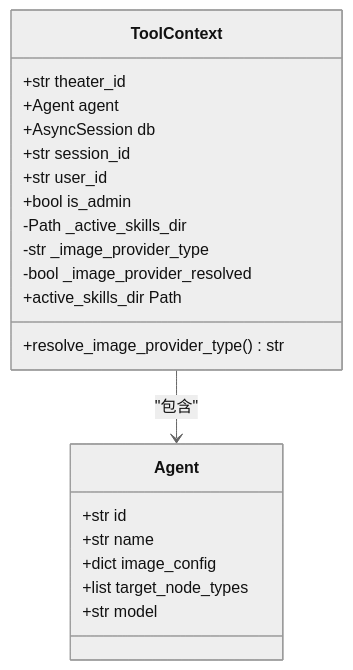
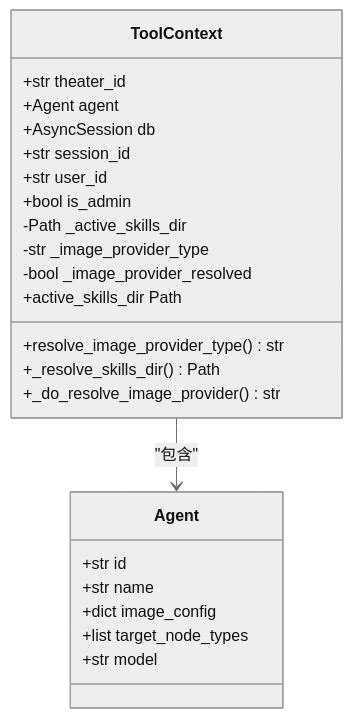
Before and after one commit to KunLabAI/KunFlix: the third of 9 diagrams in .qoder/repowiki/zh/content/后端服务架构/业务服务层/工具管理系统.md, drawn with Mermaid (neutral theme). The commit also changed other lines of this file and 13 other files, not shown here.

````diff
--- a/.qoder/repowiki/zh/content/后端服务架构/业务服务层/工具管理系统.md
+++ b/.qoder/repowiki/zh/content/后端服务架构/业务服务层/工具管理系统.md
@@ -146,24 +163,26 @@
 ```mermaid
 classDiagram
 class ToolContext {
 +str theater_id
 +Agent agent
 +AsyncSession db
 +str session_id
 +str user_id
 +bool is_admin
 -Path _active_skills_dir
 -str _image_provider_type
 -bool _image_provider_resolved
 +active_skills_dir Path
 +resolve_image_provider_type() str
++_resolve_skills_dir() Path
++_do_resolve_image_provider() str
 }
 class Agent {
 +str id
 +str name
 +dict image_config
 +list target_node_types
 +str model
 }
 ToolContext --> Agent : "包含"
 ```
````
